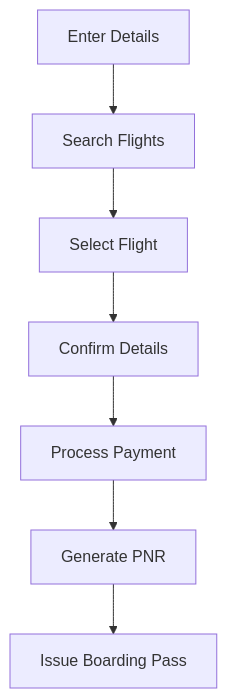
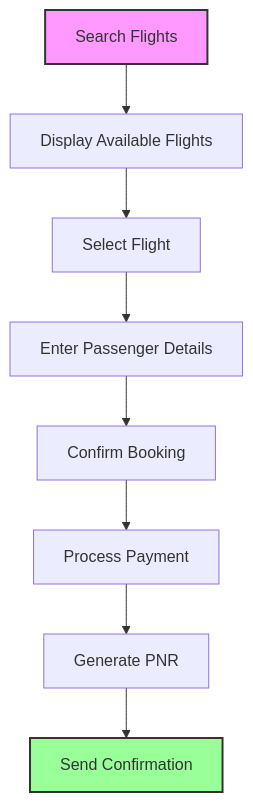
Before and after one commit to Barath-07-tech/codebase_doc: the second of 3 diagrams in docs/web.md, drawn with Mermaid. The commit also changed other lines of this file and 15 other files, not shown here.

````diff
--- a/docs/web.md
+++ b/docs/web.md
@@ -115,9 +197,13 @@
 ```mermaid
-graph TD
-    A[Enter Details] --> B[Search Flights]
+flowchart TD
+    A[Search Flights] --> B[Display Available Flights]
     B --> C[Select Flight]
-    C --> D[Confirm Details]
-    D --> E[Process Payment]
-    E --> F[Generate PNR]
-    F --> G[Issue Boarding Pass]
+    C --> D[Enter Passenger Details]
+    D --> E[Confirm Booking]
+    E --> F[Process Payment]
+    F --> G[Generate PNR]
+    G --> H[Send Confirmation]
+    
+    style A fill:#f9f,stroke:#333,stroke-width:2px
+    style H fill:#9f9,stroke:#333,stroke-width:2px
 ```
````
